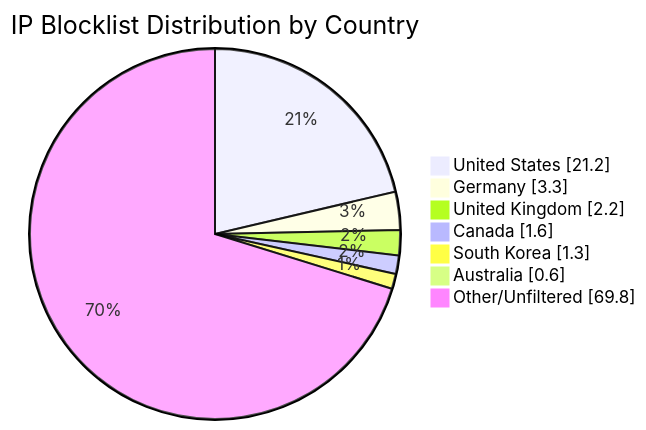
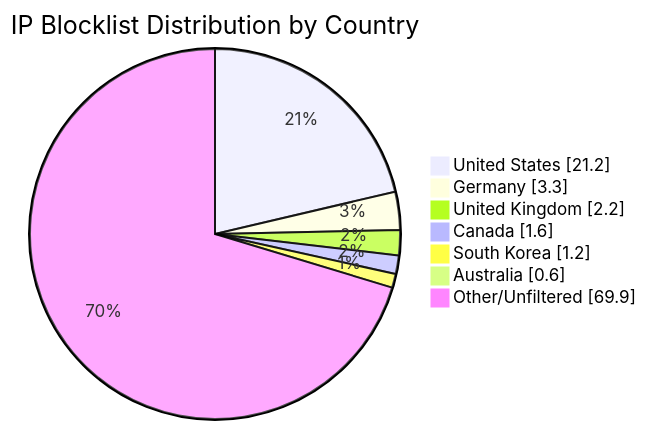
The diagram in README.md (MarcusHoltz/ipblocklist-geofiltered-aggregator), drawn with Mermaid before and after one commit. The commit also changed other lines of this file and 9 other files, not shown here.

````diff
--- a/README.md
+++ b/README.md
@@ -34,10 +34,10 @@
 ```mermaid
 pie showData title IP Blocklist Distribution by Country
 "United States" : 21.2
 "Germany" : 3.3
 "United Kingdom" : 2.2
 "Canada" : 1.6
-"South Korea" : 1.3
+"South Korea" : 1.2
 "Australia" : 0.6
-"Other/Unfiltered" : 69.8
+"Other/Unfiltered" : 69.9
 ```
````
